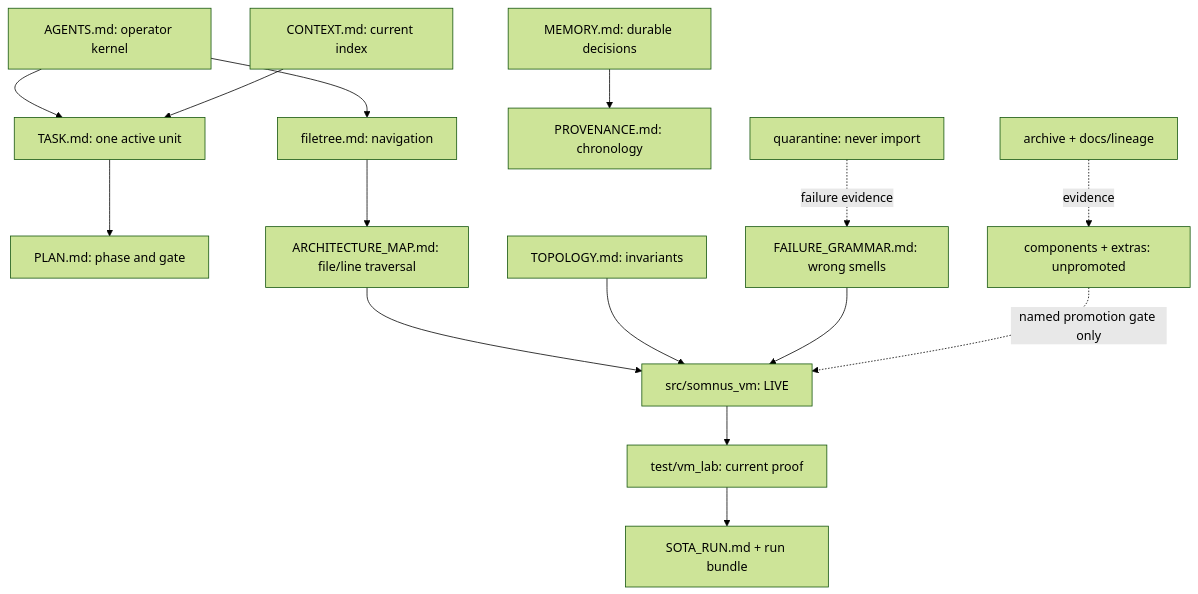
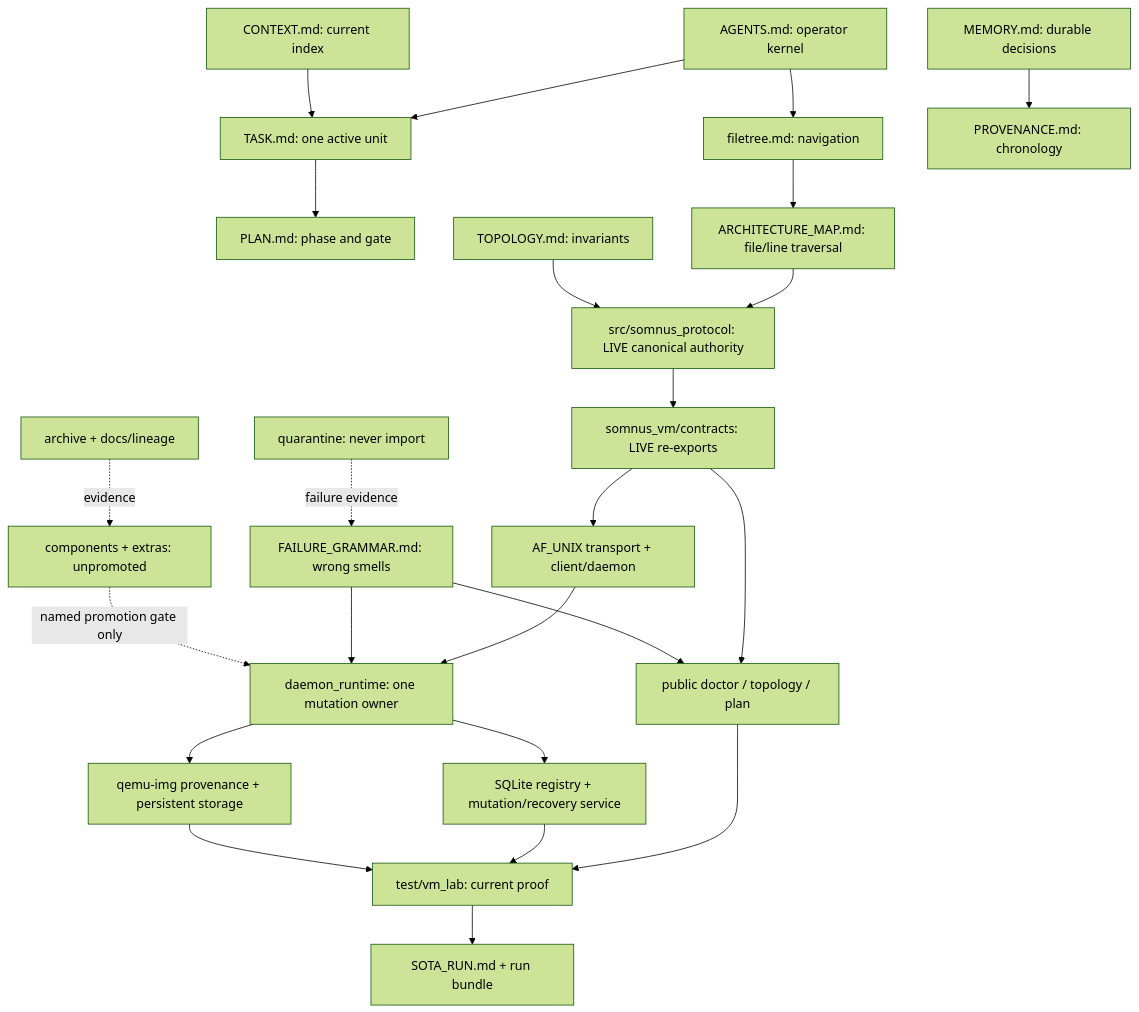
Before and after one commit to calisweetleaf/vm-lab: the diagram in filetree.md, drawn with Mermaid (forest theme). The commit also changed other lines of this file and 154 other files, not shown here.

````diff
--- a/filetree.md
+++ b/filetree.md
@@ -31,17 +36,26 @@
 ```mermaid
 flowchart TD
     A["AGENTS.md: operator kernel"] --> T["TASK.md: one active unit"]
     T --> P["PLAN.md: phase and gate"]
     A --> F["filetree.md: navigation"]
     F --> M["ARCHITECTURE_MAP.md: file/line traversal"]
-    M --> LIVE["src/somnus_vm: LIVE"]
-    LIVE --> TEST["test/vm_lab: current proof"]
+    M --> PROTO["src/somnus_protocol: LIVE canonical authority"]
+    PROTO --> COMPAT["somnus_vm/contracts: LIVE re-exports"]
+    COMPAT --> PUBLIC["public doctor / topology / plan"]
+    COMPAT --> TRANSPORT["AF_UNIX transport + client/daemon"]
+    TRANSPORT --> OWNER["daemon_runtime: one mutation owner"]
+    OWNER --> REG["SQLite registry + mutation/recovery service"]
+    OWNER --> STORE["qemu-img provenance + persistent storage"]
+    PUBLIC --> TEST["test/vm_lab: current proof"]
+    REG --> TEST
+    STORE --> TEST
     TEST --> RUN["SOTA_RUN.md + run bundle"]
-    TOPO["TOPOLOGY.md: invariants"] --> LIVE
-    FAIL["FAILURE_GRAMMAR.md: wrong smells"] --> LIVE
+    TOPO["TOPOLOGY.md: invariants"] --> PROTO
+    FAIL["FAILURE_GRAMMAR.md: wrong smells"] --> PUBLIC
+    FAIL --> OWNER
     CTX["CONTEXT.md: current index"] --> T
     MEM["MEMORY.md: durable decisions"] --> PROV["PROVENANCE.md: chronology"]
-    CAND["components + extras: unpromoted"] -. "named promotion gate only" .-> LIVE
+    CAND["components + extras: unpromoted"] -. "named promotion gate only" .-> OWNER
     HIST["archive + docs/lineage"] -. "evidence" .-> CAND
     QUAR["quarantine: never import"] -. "failure evidence" .-> FAIL
 ```
````
